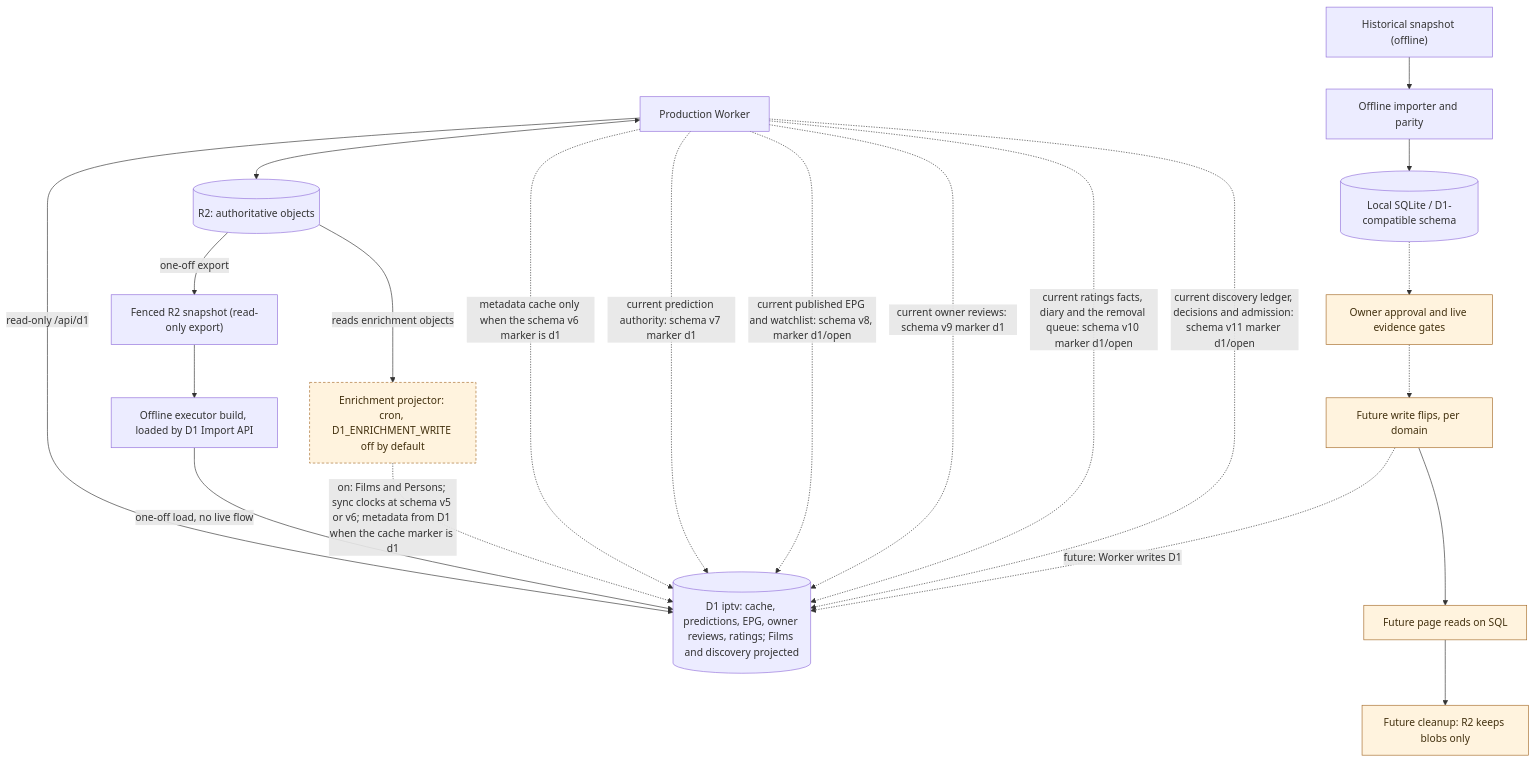
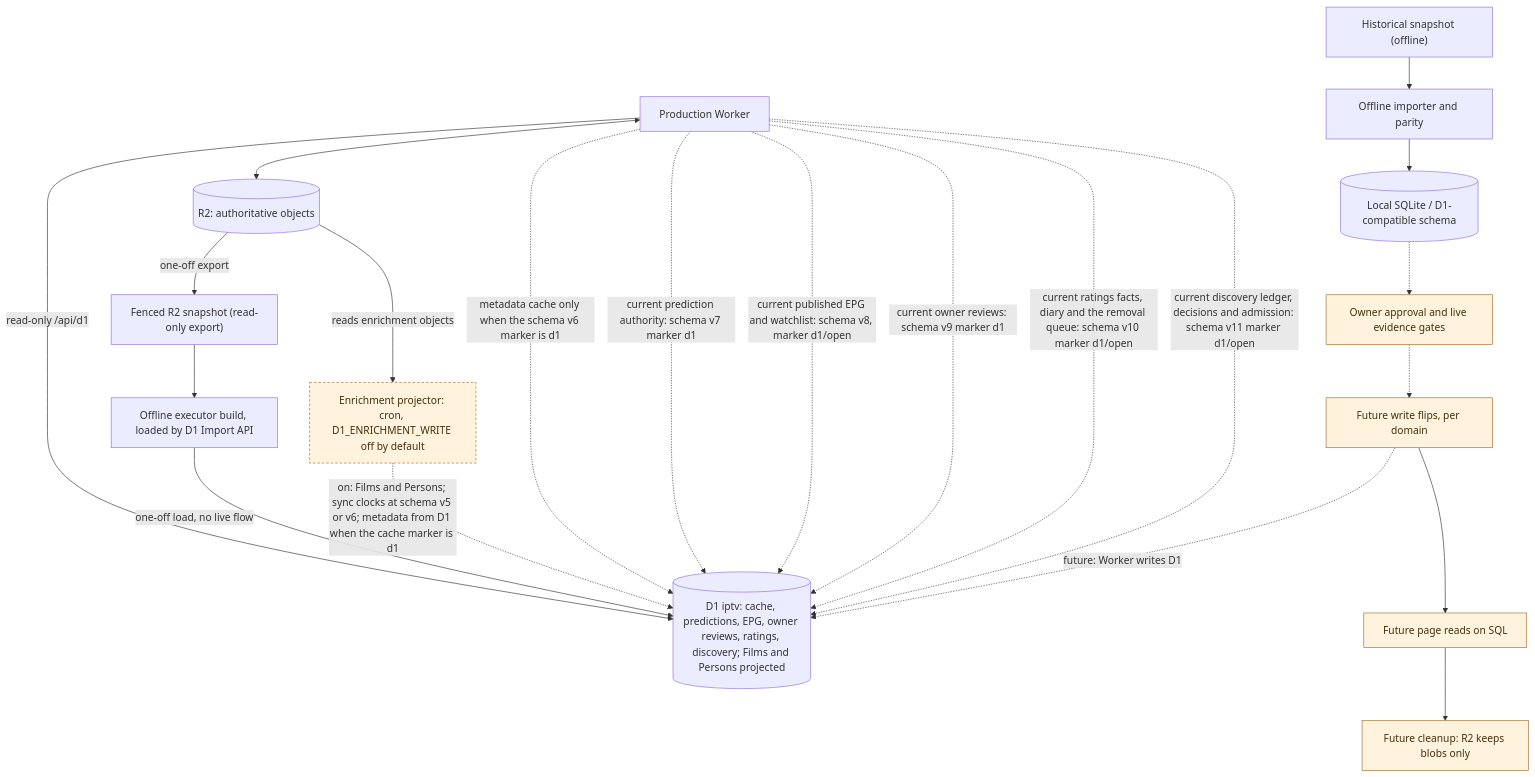
The diagram in docs/architecture/persistence-and-migration.md (vladimino/iptv-watchlist), drawn with Mermaid before and after one commit. The commit also changed other lines of this file and 4 other files, not shown here.

````diff
--- a/docs/architecture/persistence-and-migration.md
+++ b/docs/architecture/persistence-and-migration.md
@@ -5,34 +5,34 @@
 ```mermaid
 flowchart TD
     worker["Production Worker"]
     r2[("R2: authoritative objects")]
     archive["Historical snapshot (offline)"]
     importer["Offline importer and parity"]
     local[("Local SQLite / D1-compatible schema")]
     gate["Owner approval and live evidence gates"]
     snapshot["Fenced R2 snapshot (read-only export)"]
     reload["Offline executor build, loaded by D1 Import API"]
-    d1[("D1 iptv: cache, predictions, EPG, owner reviews, ratings; Films and discovery projected")]
+    d1[("D1 iptv: cache, predictions, EPG, owner reviews, ratings, discovery; Films and Persons projected")]
     projector["Enrichment projector: cron, D1_ENRICHMENT_WRITE off by default"]
     flipWrite["Future write flips, per domain"]
     flipRead["Future page reads on SQL"]
     retire["Future cleanup: R2 keeps blobs only"]
     worker <--> r2
     worker -->|read-only /api/d1| d1
     archive --> importer --> local
     local -.-> gate
     r2 -->|one-off export| snapshot --> reload -->|one-off load, no live flow| d1
     r2 -->|reads enrichment objects| projector -.->|on: Films and Persons; sync clocks at schema v5 or v6; metadata from D1 when the cache marker is d1| d1
     worker -.->|metadata cache only when the schema v6 marker is d1| d1
     worker -.->|current prediction authority: schema v7 marker d1| d1
     worker -.->|current published EPG and watchlist: schema v8, marker d1/open| d1
     worker -.->|current owner reviews: schema v9 marker d1| d1
     worker -.->|current ratings facts, diary and the removal queue: schema v10 marker d1/open| d1
     worker -.->|current discovery ledger, decisions and admission: schema v11 marker d1/open| d1
     gate -.-> flipWrite -.->|future: Worker writes D1| d1
     flipWrite --> flipRead --> retire
     classDef future fill:#fff3de,stroke:#a56c2b,color:#42300e
     classDef gated fill:#fff3de,stroke:#a56c2b,color:#42300e,stroke-dasharray:4 3
     class gate,flipWrite,flipRead,retire future
     class projector gated
 ```
````
